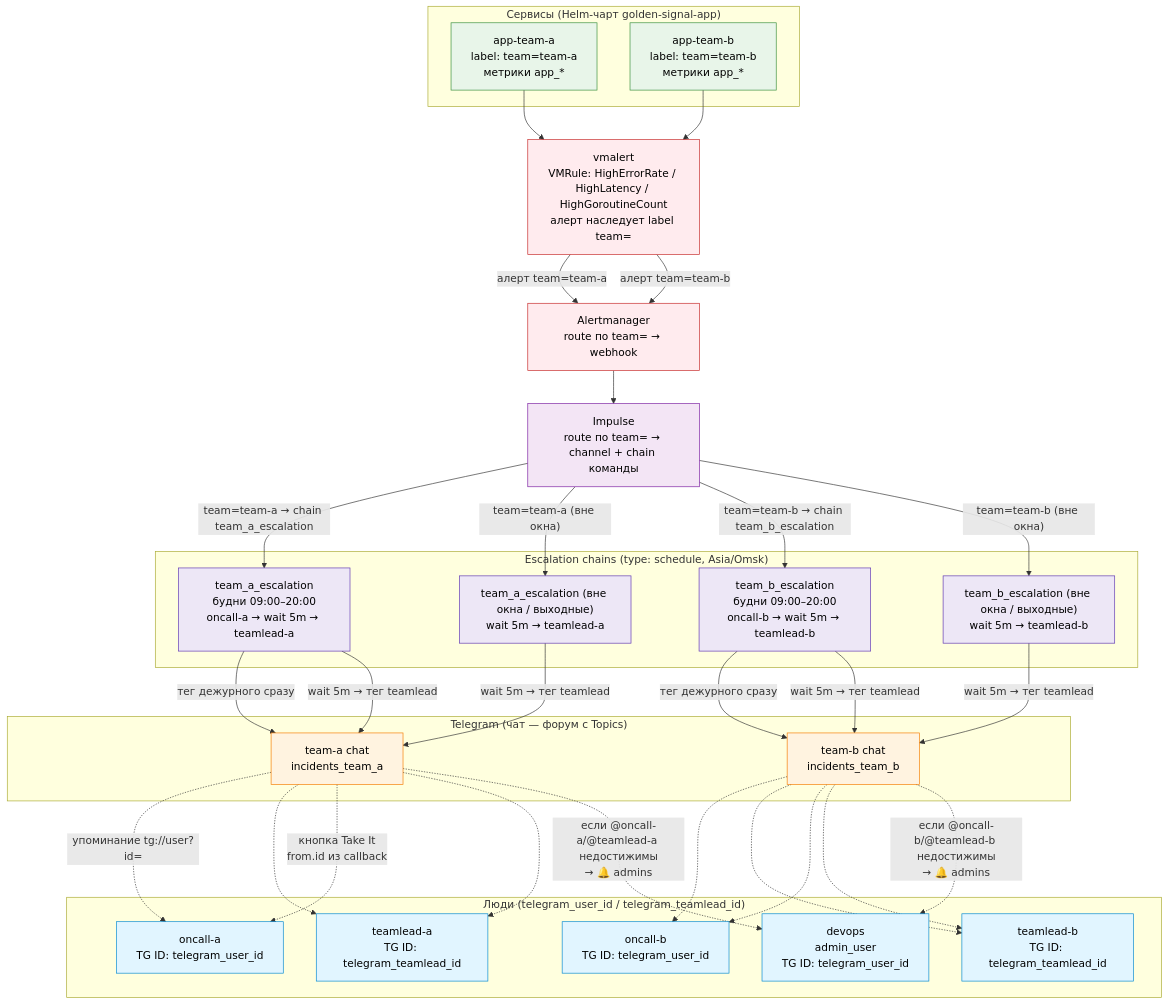
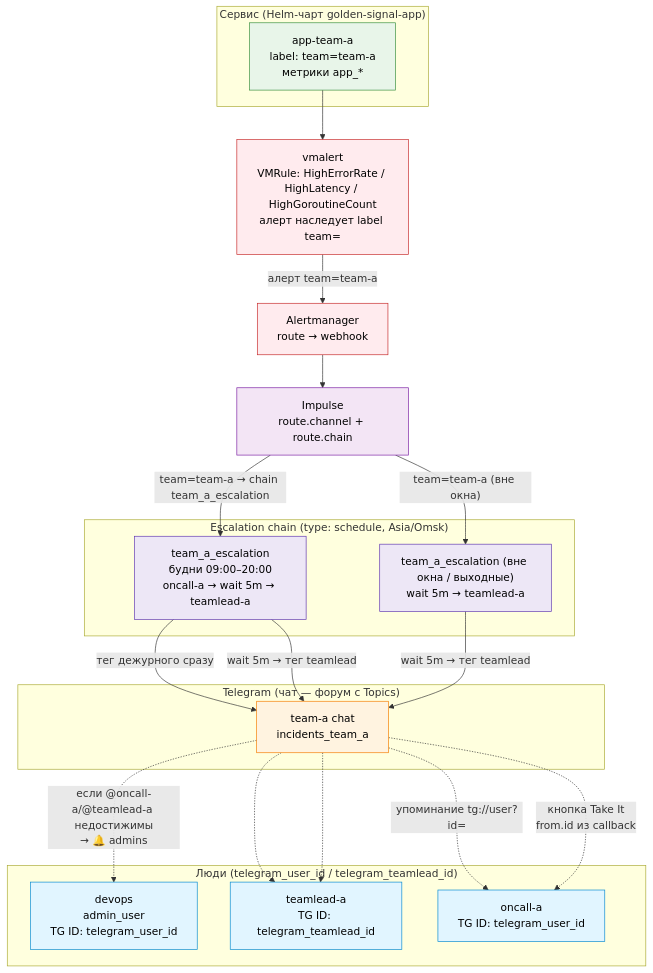
The diagram in SCHEME.md (patsevanton/alert-templates-helm-vmalert-impulse), drawn with Mermaid before and after one commit. The commit also changed other lines of this file and 5 other files, not shown here.

````diff
--- a/SCHEME.md
+++ b/SCHEME.md
@@ -5,75 +5,57 @@
 ```mermaid
 flowchart TD
-    subgraph Apps["Сервисы (Helm-чарт golden-signal-app)"]
+    subgraph Apps["Сервис (Helm-чарт golden-signal-app)"]
         APPA["app-team-a<br/>label: team=team-a<br/>метрики app_*"]
-        APPB["app-team-b<br/>label: team=team-b<br/>метрики app_*"]
     end
 
     VMALERT["vmalert<br/>VMRule: HighErrorRate / HighLatency / HighGoroutineCount<br/>алерт наследует label team="]
-    AM["Alertmanager<br/>route по team= → webhook"]
-    IMPULSE["Impulse<br/>route по team= → channel + chain команды"]
+    AM["Alertmanager<br/>route → webhook"]
+    IMPULSE["Impulse<br/>route.channel + route.chain"]
 
-    subgraph Chains["Escalation chains (type: schedule, Asia/Omsk)"]
+    subgraph Chains["Escalation chain (type: schedule, Asia/Omsk)"]
         CHA_ON["team_a_escalation<br/>будни 09:00–20:00<br/>oncall-a → wait 5m → teamlead-a"]
         CHA_OFF["team_a_escalation (вне окна / выходные)<br/>wait 5m → teamlead-a"]
-        CHB_ON["team_b_escalation<br/>будни 09:00–20:00<br/>oncall-b → wait 5m → teamlead-b"]
-        CHB_OFF["team_b_escalation (вне окна / выходные)<br/>wait 5m → teamlead-b"]
     end
 
     subgraph Telegram["Telegram (чат — форум с Topics)"]
         CHATA["team-a chat<br/>incidents_team_a"]
-        CHATB["team-b chat<br/>incidents_team_b"]
     end
 
     subgraph People["Люди (telegram_user_id / telegram_teamlead_id)"]
         DEVOPS["devops<br/>admin_user<br/>TG ID: telegram_user_id"]
         TLA["teamlead-a<br/>TG ID: telegram_teamlead_id"]
-        TLB["teamlead-b<br/>TG ID: telegram_teamlead_id"]
         ONCA["oncall-a<br/>TG ID: telegram_user_id"]
-        ONCB["oncall-b<br/>TG ID: telegram_user_id"]
     end
 
     APPA --> VMALERT
-    APPB --> VMALERT
     VMALERT -->|"алерт team=team-a"| AM
-    VMALERT -->|"алерт team=team-b"| AM
     AM --> IMPULSE
     IMPULSE -->|"team=team-a → chain team_a_escalation"| CHA_ON
     IMPULSE -->|"team=team-a (вне окна)"| CHA_OFF
-    IMPULSE -->|"team=team-b → chain team_b_escalation"| CHB_ON
-    IMPULSE -->|"team=team-b (вне окна)"| CHB_OFF
 
     CHA_ON -->|"тег дежурного сразу"| CHATA
     CHA_ON -->|"wait 5m → тег teamlead"| CHATA
     CHA_OFF -->|"wait 5m → тег teamlead"| CHATA
-    CHB_ON -->|"тег дежурного сразу"| CHATB
-    CHB_ON -->|"wait 5m → тег teamlead"| CHATB
-    CHB_OFF -->|"wait 5m → тег teamlead"| CHATB
 
     CHATA -.->|"упоминание tg://user?id="| ONCA
     CHATA -.-> TLA
-    CHATB -.-> ONCB
-    CHATB -.-> TLB
 
     CHATA -.->|"кнопка Take It<br/>from.id из callback"| ONCA
     CHATA -.-> TLA
-    CHATB -.-> ONCB
-    CHATB -.-> TLB
 
     CHATA -.->|"если @oncall-a/@teamlead-a недостижимы<br/>→ 🔔 admins"| DEVOPS
-    CHATB -.->|"если @oncall-b/@teamlead-b недостижимы<br/>→ 🔔 admins"| DEVOPS
 
     classDef app fill:#e8f5e9,stroke:#388e3c,color:#000
     classDef alert fill:#ffebee,stroke:#c62828,color:#000
     classDef impulse fill:#f3e5f5,stroke:#7b1fa2,color:#000
     classDef chain fill:#ede7f6,stroke:#5e35b1,color:#000
     classDef chat fill:#fff3e0,stroke:#f57c00,color:#000
     classDef person fill:#e1f5ff,stroke:#0288d1,color:#000
 
-    class APPA,APPB app
+    class APPA app
     class VMALERT,AM alert
     class IMPULSE impulse
-    class CHA_ON,CHA_OFF,CHB_ON,CHB_OFF chain
-    class CHATA,CHATB chat
-    class DEVOPS,TLA,TLB,ONCA,ONCB person
+    class CHA_ON,CHA_OFF chain
+    class CHATA chat
+    class DEVOPS,TLA,ONCA person
 ```
````
